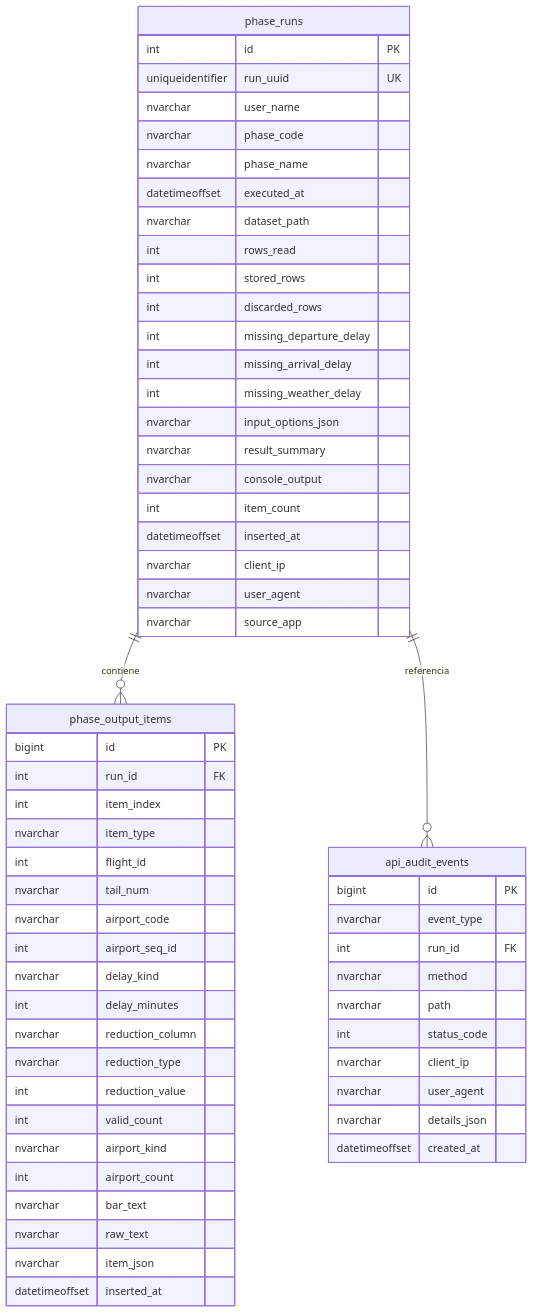
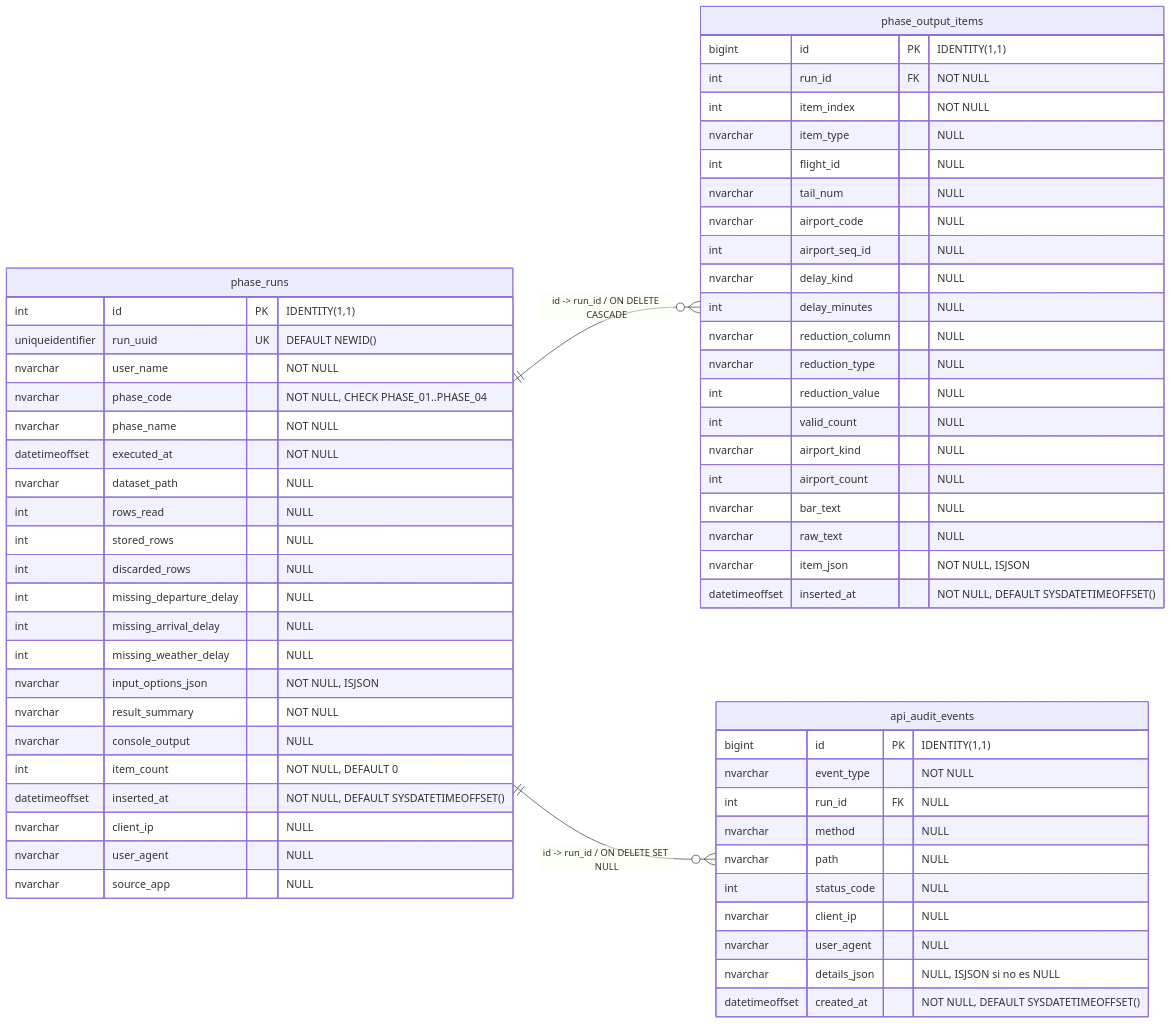
Before and after one commit to aferamb/cloud_SCALAtor: the third of 4 diagrams in README.md, drawn with Mermaid. The commit also changed other lines of this file and 4 other files, not shown here.

Commit message:
docs: actualizado diagrama base de datos

````diff
--- a/README.md
+++ b/README.md
@@ -660,65 +660,67 @@
 ```mermaid
 erDiagram
-  phase_runs ||--o{ phase_output_items : "contiene"
-  phase_runs ||--o{ api_audit_events : "referencia"
+  direction LR
+
+  phase_runs ||--o{ phase_output_items : "id -> run_id / ON DELETE CASCADE"
+  phase_runs ||--o{ api_audit_events : "id -> run_id / ON DELETE SET NULL"
 
   phase_runs {
-    int id PK
-    uniqueidentifier run_uuid UK
-    nvarchar user_name
-    nvarchar phase_code
-    nvarchar phase_name
-    datetimeoffset executed_at
-    nvarchar dataset_path
-    int rows_read
-    int stored_rows
-    int discarded_rows
-    int missing_departure_delay
-    int missing_arrival_delay
-    int missing_weather_delay
-    nvarchar input_options_json
-    nvarchar result_summary
-    nvarchar console_output
-    int item_count
-    datetimeoffset inserted_at
-    nvarchar client_ip
-    nvarchar user_agent
-    nvarchar source_app
+    int id PK "IDENTITY(1,1)"
+    uniqueidentifier run_uuid UK "DEFAULT NEWID()"
+    nvarchar user_name "NOT NULL"
+    nvarchar phase_code "NOT NULL, CHECK PHASE_01..PHASE_04"
+    nvarchar phase_name "NOT NULL"
+    datetimeoffset executed_at "NOT NULL"
+    nvarchar dataset_path "NULL"
+    int rows_read "NULL"
+    int stored_rows "NULL"
+    int discarded_rows "NULL"
+    int missing_departure_delay "NULL"
+    int missing_arrival_delay "NULL"
+    int missing_weather_delay "NULL"
+    nvarchar input_options_json "NOT NULL, ISJSON"
+    nvarchar result_summary "NOT NULL"
+    nvarchar console_output "NULL"
+    int item_count "NOT NULL, DEFAULT 0"
+    datetimeoffset inserted_at "NOT NULL, DEFAULT SYSDATETIMEOFFSET()"
+    nvarchar client_ip "NULL"
+    nvarchar user_agent "NULL"
+    nvarchar source_app "NULL"
   }
 
   phase_output_items {
-    bigint id PK
-    int run_id FK
-    int item_index
-    nvarchar item_type
-    int flight_id
-    nvarchar tail_num
-    nvarchar airport_code
-    int airport_seq_id
-    nvarchar delay_kind
-    int delay_minutes
-    nvarchar reduction_column
-    nvarchar reduction_type
-    int reduction_value
-    int valid_count
-    nvarchar airport_kind
-    int airport_count
-    nvarchar bar_text
-    nvarchar raw_text
-    nvarchar item_json
-    datetimeoffset inserted_at
+    bigint id PK "IDENTITY(1,1)"
+    int run_id FK "NOT NULL"
+    int item_index "NOT NULL"
+    nvarchar item_type "NULL"
+    int flight_id "NULL"
+    nvarchar tail_num "NULL"
+    nvarchar airport_code "NULL"
+    int airport_seq_id "NULL"
+    nvarchar delay_kind "NULL"
+    int delay_minutes "NULL"
+    nvarchar reduction_column "NULL"
+    nvarchar reduction_type "NULL"
+    int reduction_value "NULL"
+    int valid_count "NULL"
+    nvarchar airport_kind "NULL"
+    int airport_count "NULL"
+    nvarchar bar_text "NULL"
+    nvarchar raw_text "NULL"
+    nvarchar item_json "NOT NULL, ISJSON"
+    datetimeoffset inserted_at "NOT NULL, DEFAULT SYSDATETIMEOFFSET()"
   }
 
   api_audit_events {
-    bigint id PK
-    nvarchar event_type
-    int run_id FK
-    nvarchar method
-    nvarchar path
-    int status_code
-    nvarchar client_ip
-    nvarchar user_agent
-    nvarchar details_json
-    datetimeoffset created_at
+    bigint id PK "IDENTITY(1,1)"
+    nvarchar event_type "NOT NULL"
+    int run_id FK "NULL"
+    nvarchar method "NULL"
+    nvarchar path "NULL"
+    int status_code "NULL"
+    nvarchar client_ip "NULL"
+    nvarchar user_agent "NULL"
+    nvarchar details_json "NULL, ISJSON si no es NULL"
+    datetimeoffset created_at "NOT NULL, DEFAULT SYSDATETIMEOFFSET()"
   }
 ```
````
